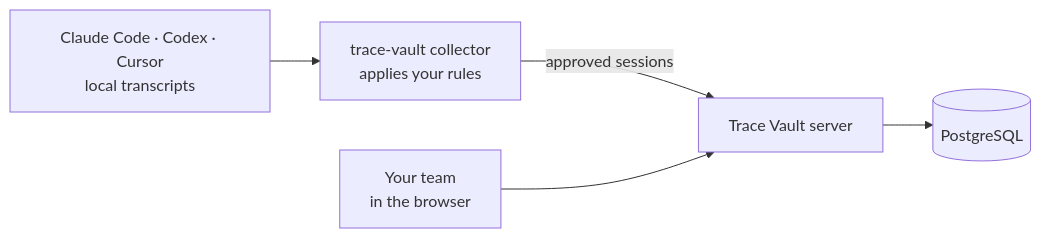
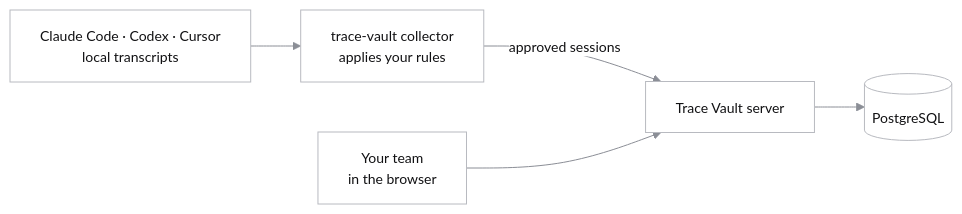
Before and after one commit to Iteration-ai/trace-vault: the diagram in README.md, drawn with Mermaid.

Commit message:
docs: draw the README diagram in the brand's ink and hairlines (#6)
Claude-Session: https://claude.ai/code/session_01FfvcDgARpU39TJzVwuqzk2

````diff
--- a/README.md
+++ b/README.md
@@ -95,7 +95,8 @@
 ```mermaid
+%%{init: {"theme": "base", "themeVariables": {"primaryColor": "#ffffff", "primaryBorderColor": "#b8bac0", "primaryTextColor": "#111113", "lineColor": "#8b8e96", "edgeLabelBackground": "#ffffff", "fontSize": "14px"}}}%%
 flowchart LR
   agents["Claude Code · Codex · Cursor<br/>local transcripts"] --> collector["trace-vault collector<br/>applies your rules"]
   collector -- "approved sessions" --> server["Trace Vault server"]
   server --> database[("PostgreSQL")]
   team["Your team<br/>in the browser"] --> server
 ```
````
